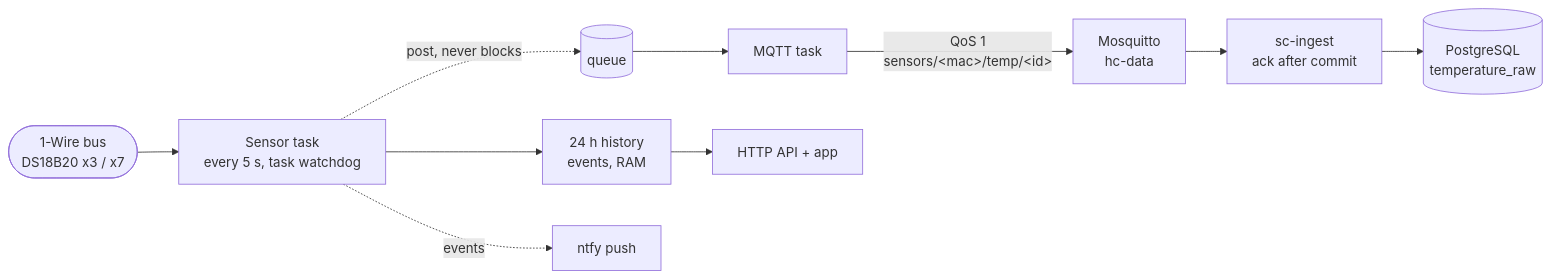
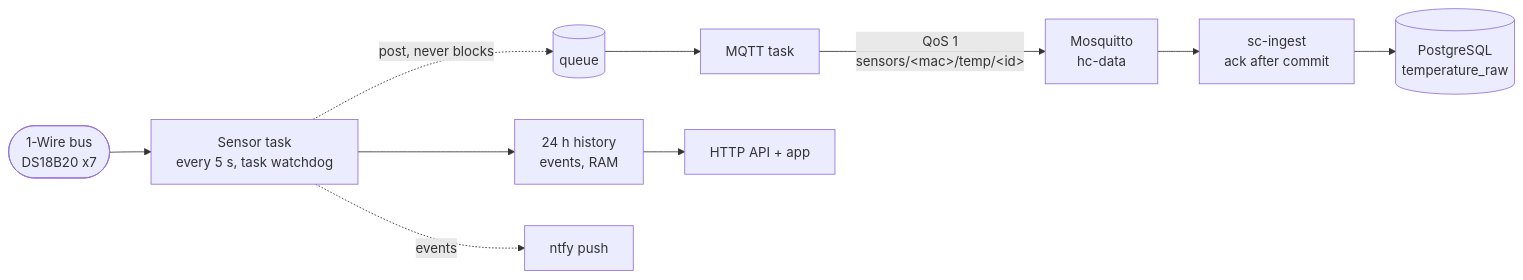
One commit to tomekceszke/heating-controller changed the diagram in README.md. Above: the diagram before and after it, drawn with Mermaid. The commit also changed other lines of this file and 6 other files, not shown here.

````diff
--- a/README.md
+++ b/README.md
@@ -57,10 +55,10 @@
 ```mermaid
 flowchart LR
-    bus([1-Wire bus<br/>DS18B20 x3 / x7]) --> task[Sensor task<br/>every 5 s, task watchdog]
+    bus([1-Wire bus<br/>DS18B20 x7]) --> task[Sensor task<br/>every 5 s, task watchdog]
     task -. post, never blocks .-> q[(queue)]
     q --> mqtt[MQTT task] -- "QoS 1<br/>sensors/&lt;mac&gt;/temp/&lt;id&gt;" --> broker[Mosquitto<br/>hc-data]
     broker --> ingest[sc-ingest<br/>ack after commit] --> pg[(PostgreSQL<br/>temperature_raw)]
     task --> ram[24 h history<br/>events, RAM]
     ram --> api[HTTP API + app]
     task -. events .-> ntfy[ntfy push]
 ```
````
